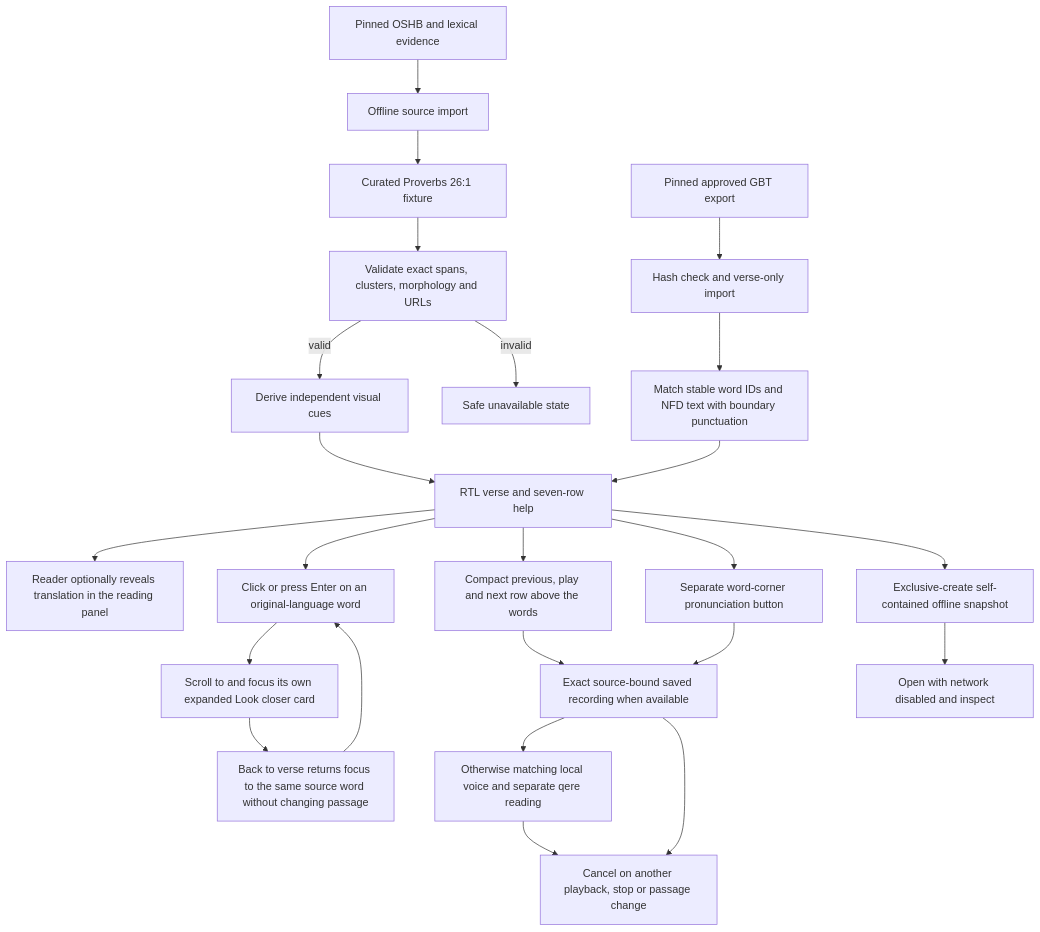
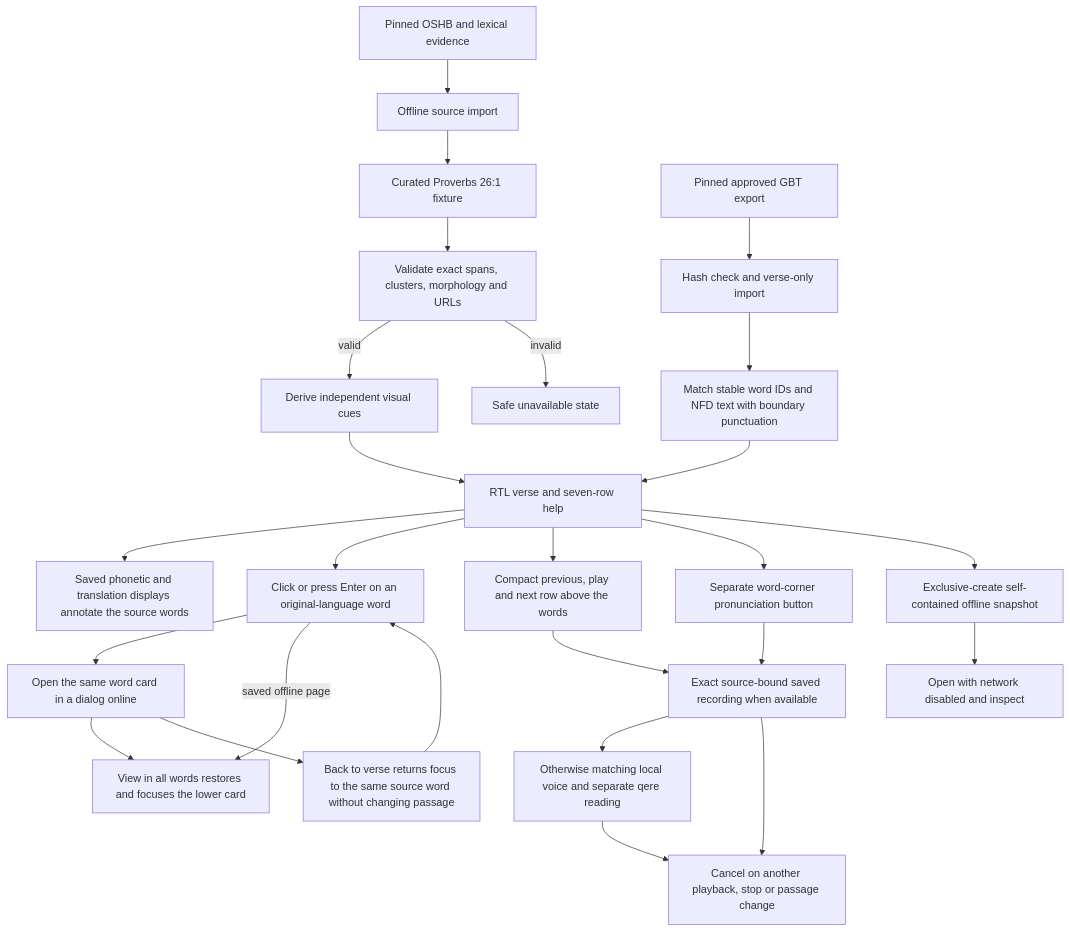
The first of 12 diagrams in spec-chirho/workflows-chirho/local-reader-chirho.md (loveJesus/visual-biblical-language-reader-chirho), drawn with Mermaid before and after one commit. The commit also changed other lines of this file and 2413 other files, not shown here.

Commit message:
Add language-specific translation choices and word details

````diff
--- a/spec-chirho/workflows-chirho/local-reader-chirho.md
+++ b/spec-chirho/workflows-chirho/local-reader-chirho.md
@@ -5,26 +5,28 @@
 ```mermaid
 flowchart TD
     pinned_chirho[Pinned OSHB and lexical evidence] --> import_chirho[Offline source import]
     import_chirho --> fixture_chirho[Curated Proverbs 26:1 fixture]
     fixture_chirho --> validate_chirho[Validate exact spans, clusters, morphology and URLs]
     gbt_chirho[Pinned approved GBT export] --> gloss_import_chirho[Hash check and verse-only import]
     gloss_import_chirho --> gloss_validate_chirho[Match stable word IDs and NFD text with boundary punctuation]
     gloss_validate_chirho --> reader_chirho
     validate_chirho -->|valid| cues_chirho[Derive independent visual cues]
     validate_chirho -->|invalid| unavailable_chirho[Safe unavailable state]
     cues_chirho --> reader_chirho[RTL verse and seven-row help]
-    reader_chirho --> reveal_chirho[Reader optionally reveals translation in the reading panel]
+    reader_chirho --> reveal_chirho[Saved phonetic and translation displays annotate the source words]
     reader_chirho --> word_jump_chirho[Click or press Enter on an original-language word]
     reader_chirho --> transport_chirho[Compact previous, play and next row above the words]
     reader_chirho --> trumpet_chirho[Separate word-corner pronunciation button]
     transport_chirho --> recordings_chirho[Exact source-bound saved recording when available]
     trumpet_chirho --> recordings_chirho
     recordings_chirho --> speech_chirho[Otherwise matching local voice and separate qere reading]
     recordings_chirho --> cancel_chirho
     speech_chirho --> cancel_chirho[Cancel on another playback, stop or passage change]
-    word_jump_chirho --> card_chirho[Scroll to and focus its own expanded Look closer card]
+    word_jump_chirho --> card_chirho[Open the same word card in a dialog online]
+    card_chirho --> list_chirho[View in all words restores and focuses the lower card]
+    word_jump_chirho -->|saved offline page| list_chirho
     card_chirho --> return_chirho[Back to verse returns focus to the same source word without changing passage]
     return_chirho --> word_jump_chirho
     reader_chirho --> export_chirho[Exclusive-create self-contained offline snapshot]
     export_chirho --> offline_chirho[Open with network disabled and inspect]
 ```
````
